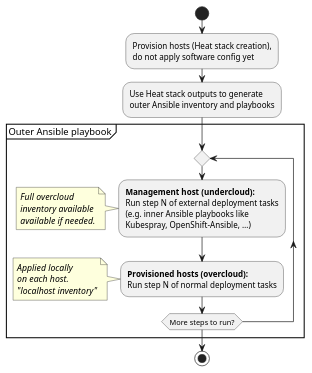
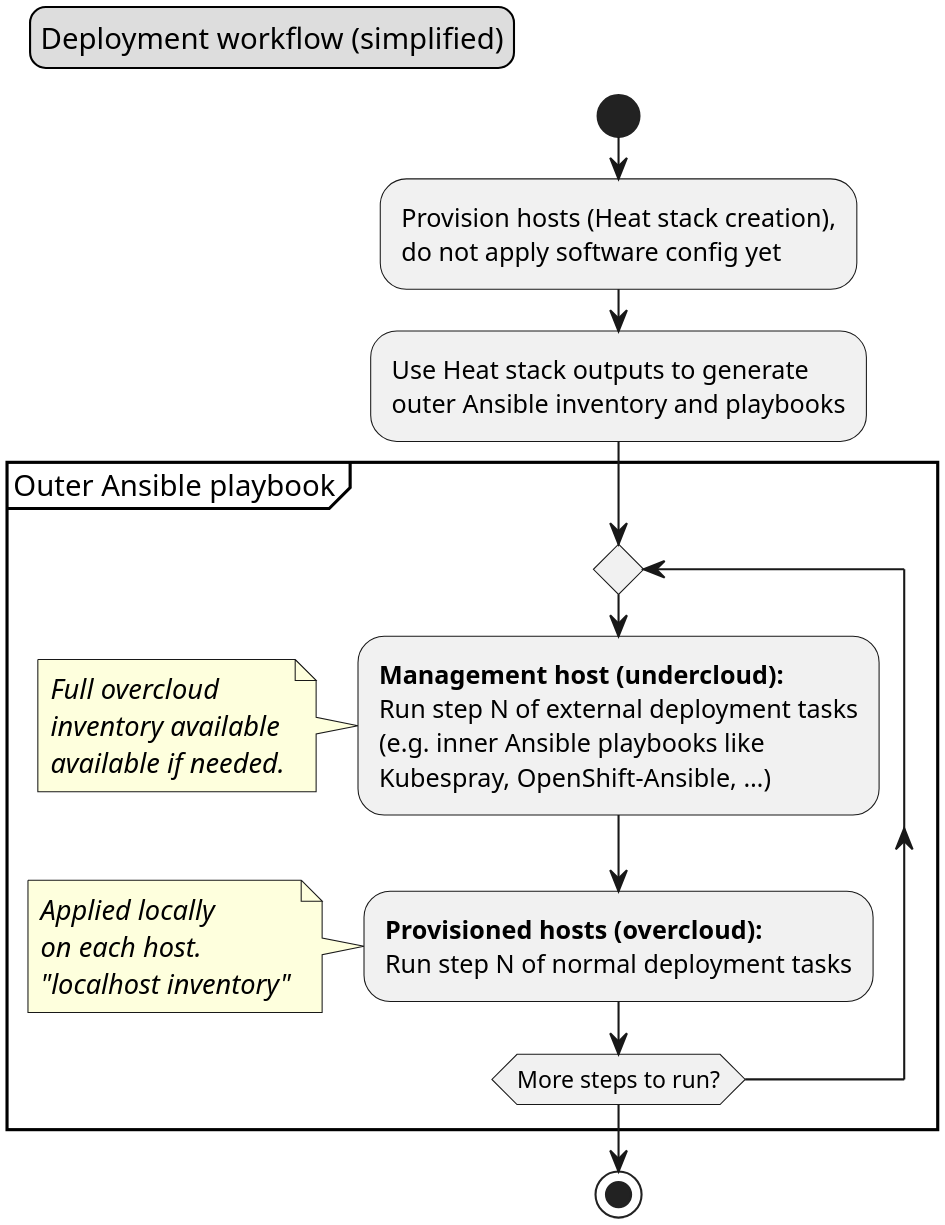
One commit to jistr/talk-2018-kubernetes-cluster-with-tripleo changed the diagram in images/workflow.plantuml. Above: the diagram before and after it, drawn with PlantUML. The commit also changed 1 other file, not shown here.

Commit message:
More DPI on workflow diagram, add title inside

```diff
--- a/images/workflow.plantuml
+++ b/images/workflow.plantuml
@@ -1,35 +1,40 @@
 @startuml
+
+skinparam dpi 300
+legend top left
+Deployment workflow (simplified)
+end legend
 
 start
 
 :Provision hosts (Heat stack creation),
 do not apply software config yet;
 
 :Use Heat stack outputs to generate
 outer Ansible inventory and playbooks;
 
 partition "Outer Ansible playbook" {
   repeat
     :**Management host (undercloud):**
     Run step N of external deployment tasks
     (e.g. inner Ansible playbooks like
     Kubespray, OpenShift-Ansible, …);
     note left
     //Full overcloud//
     //inventory available//
     //available if needed.//
     end note
 
     :**Provisioned hosts (overcloud):**
     Run step N of normal deployment tasks;
     note left
     //Applied locally//
     //on each host.//
     //"localhost inventory"//
     end note
   repeat while (More steps to run?)
 }
 
 stop
 
 @enduml
```
